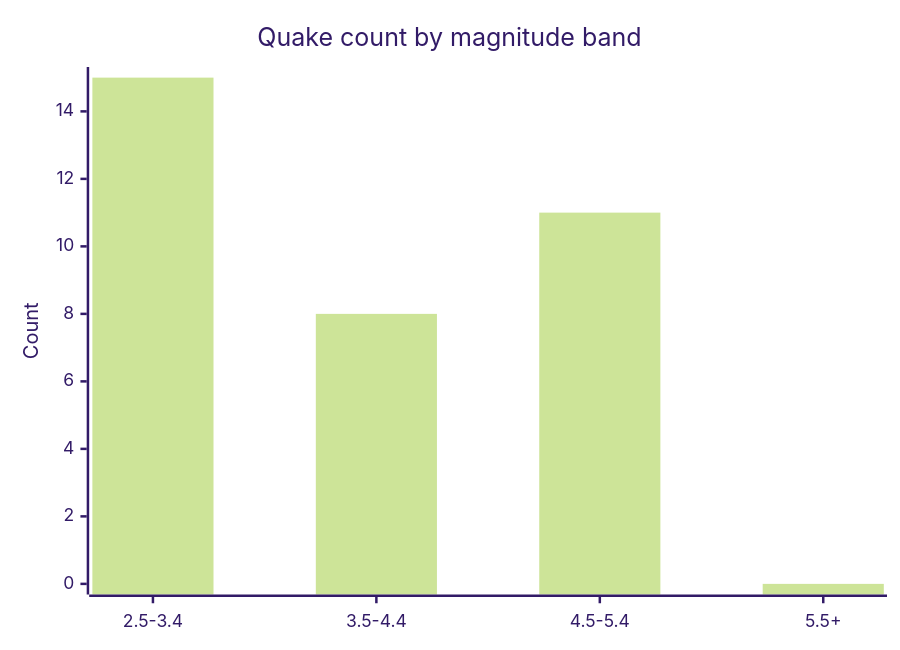
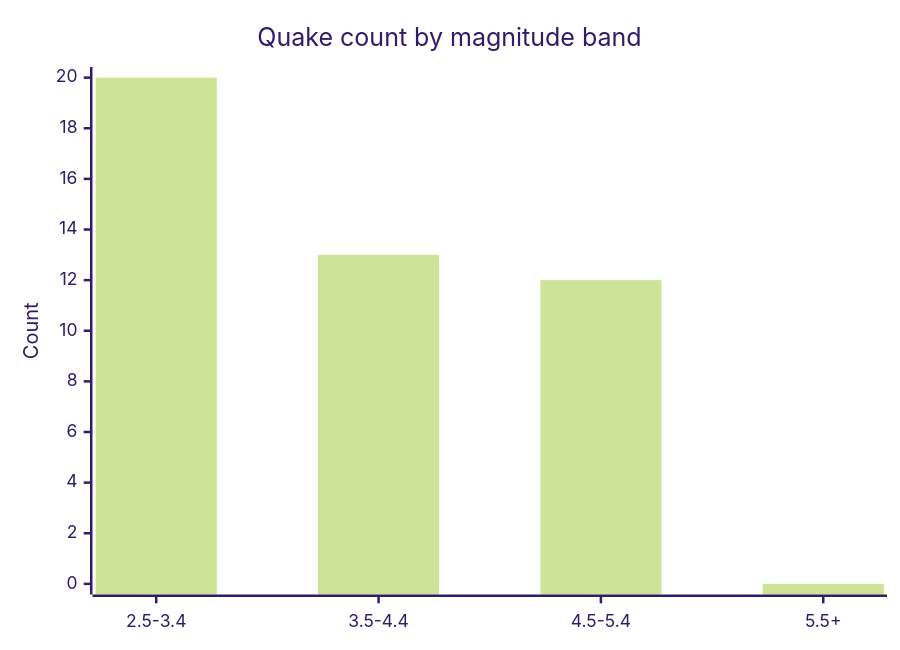
One commit to Midwest-Stratospheric/aerostratospheric-defense-gir changed the fifth of 6 diagrams in docs/GRAPHS.md. Above: the diagram before and after it, drawn with Mermaid (forest theme). The commit also changed other lines of this file and 25 other files, not shown here.

````diff
--- a/docs/GRAPHS.md
+++ b/docs/GRAPHS.md
@@ -82,7 +82,7 @@
 ```mermaid
 xychart-beta
   title "Quake count by magnitude band"
   x-axis ["2.5-3.4", "3.5-4.4", "4.5-5.4", "5.5+"]
-  y-axis "Count" 0 --> 15
-  bar [15, 8, 11, 0]
+  y-axis "Count" 0 --> 20
+  bar [20, 13, 12, 0]
 ```
````
